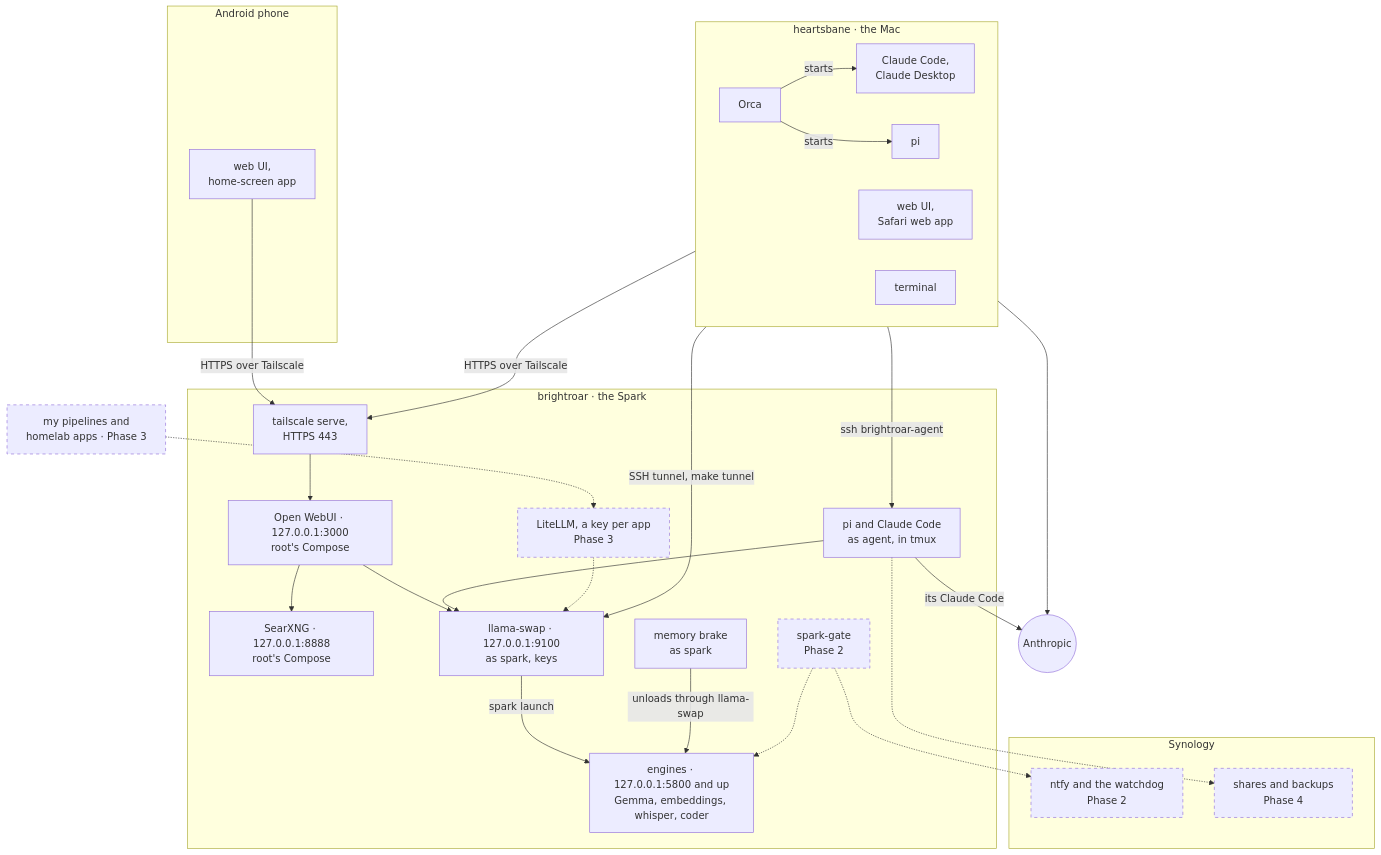
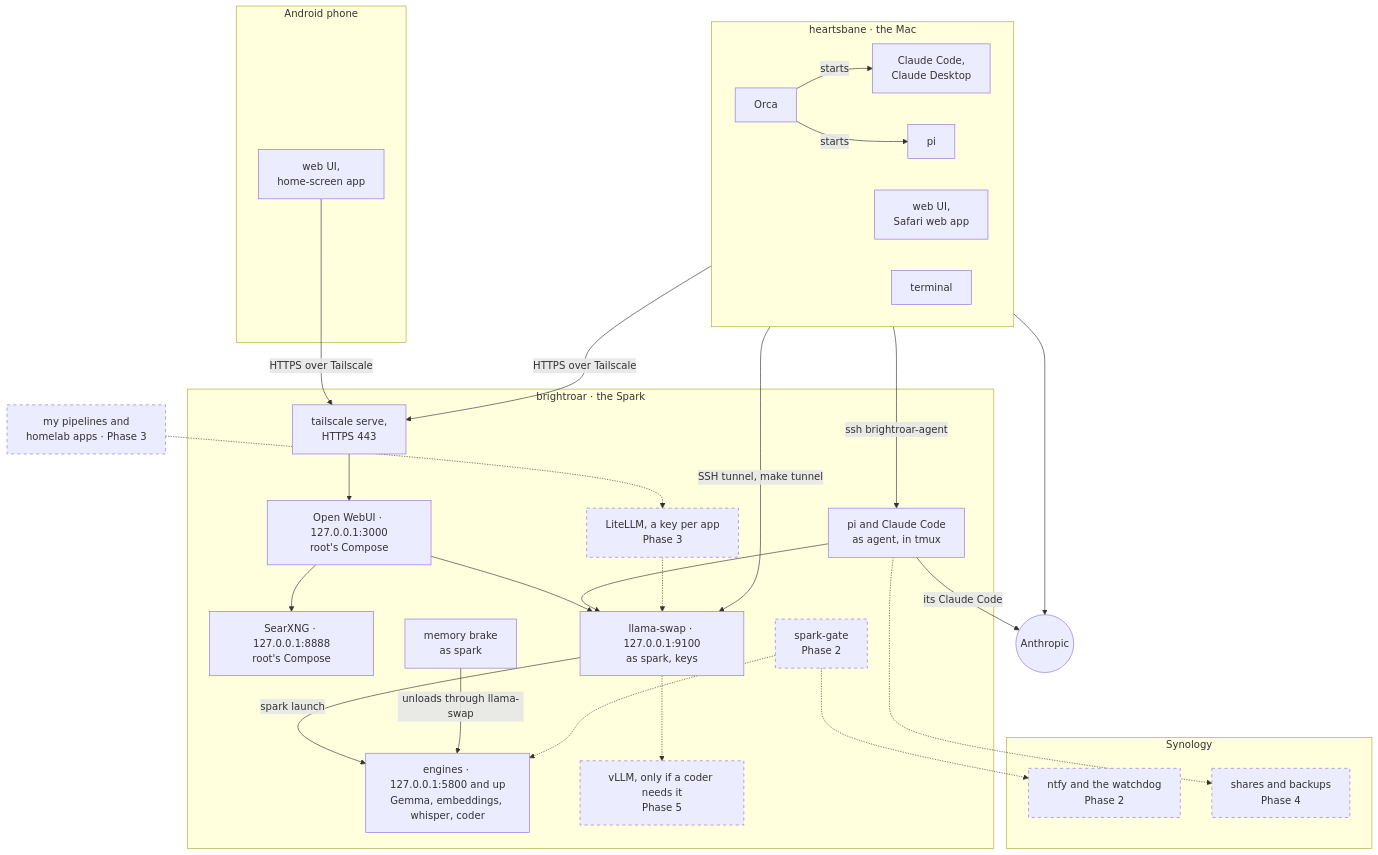
The first of 4 diagrams in website/architecture.qmd (chendaniely/local-ai), drawn with Mermaid before and after one commit. The commit also changed other lines of this file and 3 other files, not shown here.

First line of the commit message:
docs(plan): 🤖 diagrams live on the Architecture page, kept true first

````diff
--- a/website/architecture.qmd
+++ b/website/architecture.qmd
@@ -17,57 +17,59 @@
 ```{mermaid}
 flowchart TB
   classDef planned stroke-dasharray: 5 5
 
   subgraph mac["heartsbane · the Mac"]
     direction LR
     orca["Orca"]
     claude_mac["Claude Code,<br/>Claude Desktop"]
     pi_mac["pi"]
     webapp["web UI,<br/>Safari web app"]
     term["terminal"]
   end
 
   subgraph phone["Android phone"]
     pwa["web UI,<br/>home-screen app"]
   end
 
   anthropic(("Anthropic"))
   apps["my pipelines and<br/>homelab apps · Phase 3"]:::planned
 
   subgraph spark["brightroar · the Spark"]
     tss["tailscale serve,<br/>HTTPS 443"]
     owui["Open WebUI · 127.0.0.1:3000<br/>root's Compose"]
     searx["SearXNG · 127.0.0.1:8888<br/>root's Compose"]
     agent_tmux["pi and Claude Code<br/>as agent, in tmux"]
     litellm["LiteLLM, a key per app<br/>Phase 3"]:::planned
     swap["llama-swap · 127.0.0.1:9100<br/>as spark, keys"]
     gate["spark-gate<br/>Phase 2"]:::planned
     brake["memory brake<br/>as spark"]
     engines["engines · 127.0.0.1:5800 and up<br/>Gemma, embeddings, whisper, coder"]
+    vllm["vLLM, only if a coder needs it<br/>Phase 5"]:::planned
   end
 
   subgraph nas["Synology"]
     ntfy["ntfy and the watchdog<br/>Phase 2"]:::planned
     shares["shares and backups<br/>Phase 4"]:::planned
   end
 
   orca -- starts --> claude_mac
   orca -- starts --> pi_mac
   claude_mac --> anthropic
   webapp -- "HTTPS over Tailscale" --> tss
   pwa -- "HTTPS over Tailscale" --> tss
   pi_mac -- "SSH tunnel, make tunnel" --> swap
   term -- "ssh brightroar-agent" --> agent_tmux
   tss --> owui
   owui --> searx
   owui --> swap
   agent_tmux --> swap
   agent_tmux -- "its Claude Code" --> anthropic
   apps -.-> litellm
   litellm -.-> swap
   swap -- "spark launch" --> engines
+  swap -.-> vllm
   brake -- "unloads through llama-swap" --> engines
   gate -.-> engines
   gate -.-> ntfy
   agent_tmux -.-> shares
 ```
````
